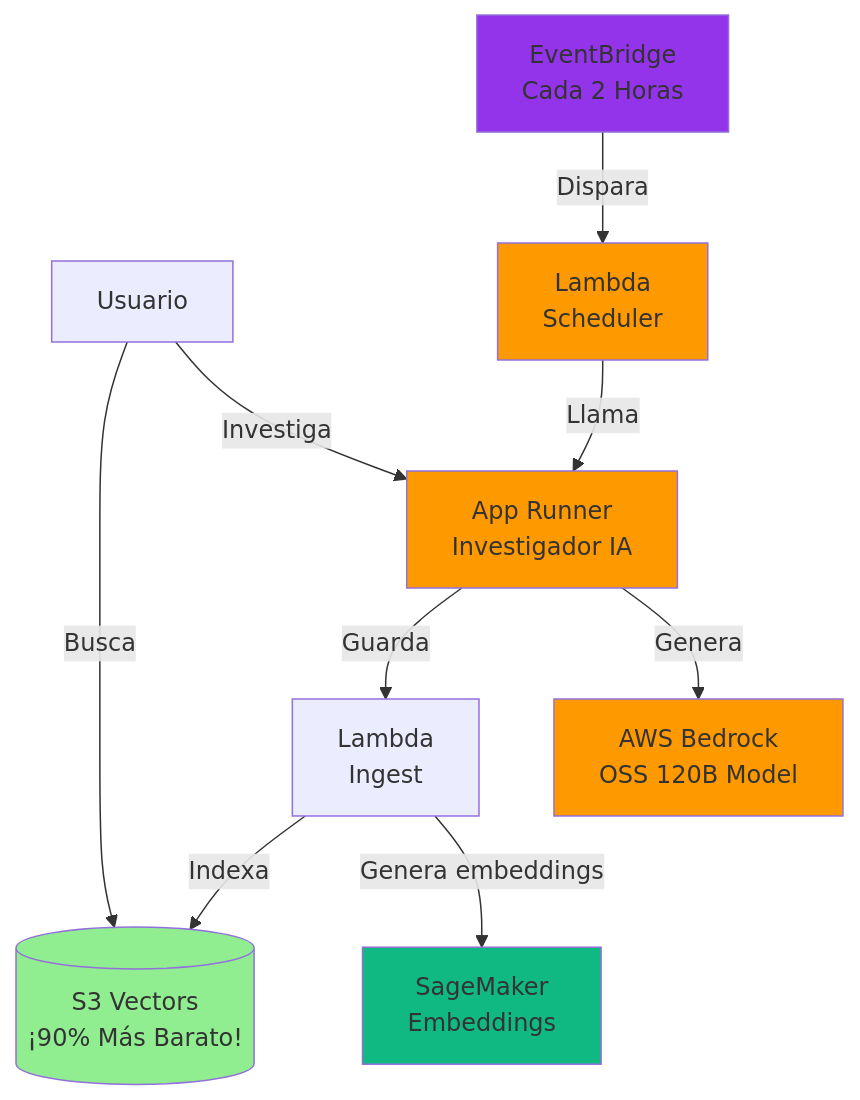
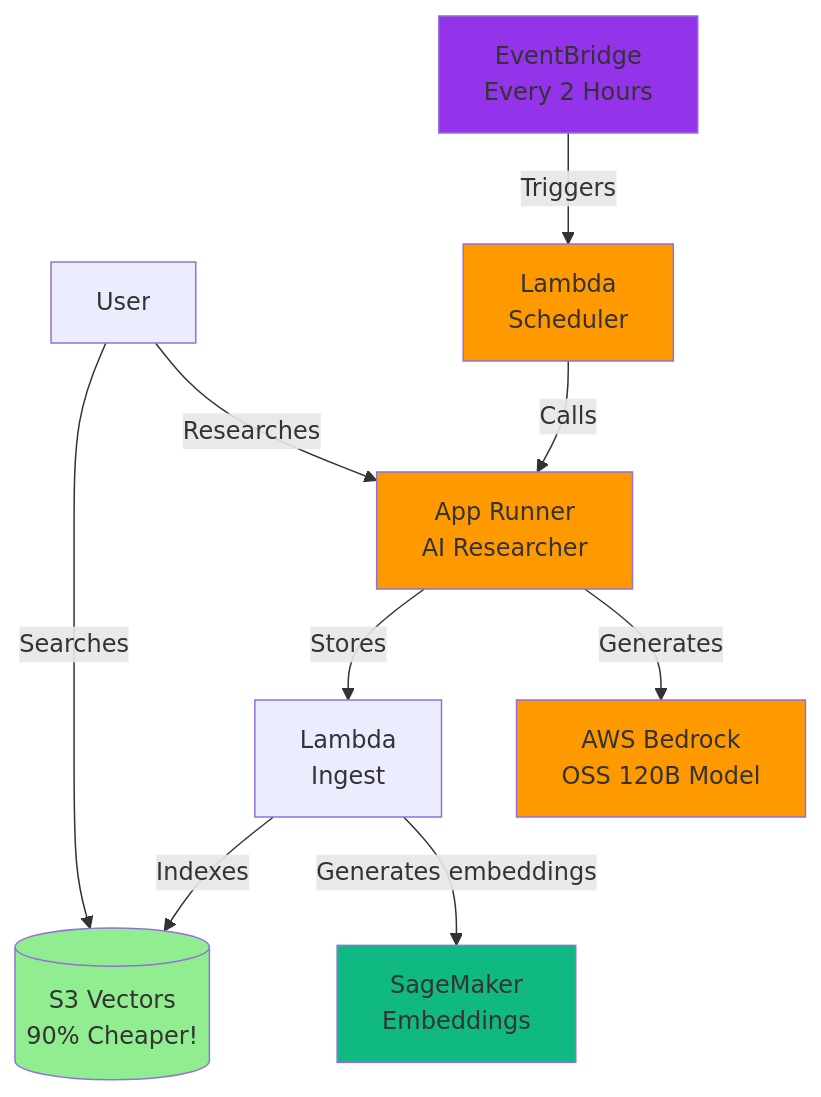
Before and after one commit to repson/agentic-learning-equities-explainer: the diagram in guides/1_permissions.md, drawn with Mermaid. The commit also changed other lines of this file and 14 other files, not shown here.

````diff
--- a/guides/1_permissions.md
+++ b/guides/1_permissions.md
@@ -27,18 +27,18 @@
 ```mermaid
 graph TB
-    User[Usuario] -->|Investiga| AR[App Runner<br/>Investigador IA]
-    Schedule[EventBridge<br/>Cada 2 Horas] -->|Dispara| SchedLambda[Lambda<br/>Scheduler]
-    SchedLambda -->|Llama| AR
-    AR -->|Genera| Bedrock[AWS Bedrock<br/>OSS 120B Model]
-    AR -->|Guarda| Lambda[Lambda<br/>Ingest]
-    Lambda -->|Genera embeddings| SM[SageMaker<br/>Embeddings]
-    Lambda -->|Indexa| S3V[(S3 Vectors<br/>¡90% Más Barato!)]
-    User -->|Busca| S3V
+    User[User] -->|Researches| AR[App Runner<br/>AI Researcher]
+    Schedule[EventBridge<br/>Every 2 Hours] -->|Triggers| SchedLambda[Lambda<br/>Scheduler]
+    SchedLambda -->|Calls| AR
+    AR -->|Generates| Bedrock[AWS Bedrock<br/>OSS 120B Model]
+    AR -->|Stores| Lambda[Lambda<br/>Ingest]
+    Lambda -->|Generates embeddings| SM[SageMaker<br/>Embeddings]
+    Lambda -->|Indexes| S3V[(S3 Vectors<br/>90% Cheaper!)]
+    User -->|Searches| S3V
     
     style AR fill:#FF9900
     style S3V fill:#90EE90
     style SM fill:#10B981
     style Schedule fill:#9333EA
     style SchedLambda fill:#FF9900
     style Bedrock fill:#FF9900
 ```
````
